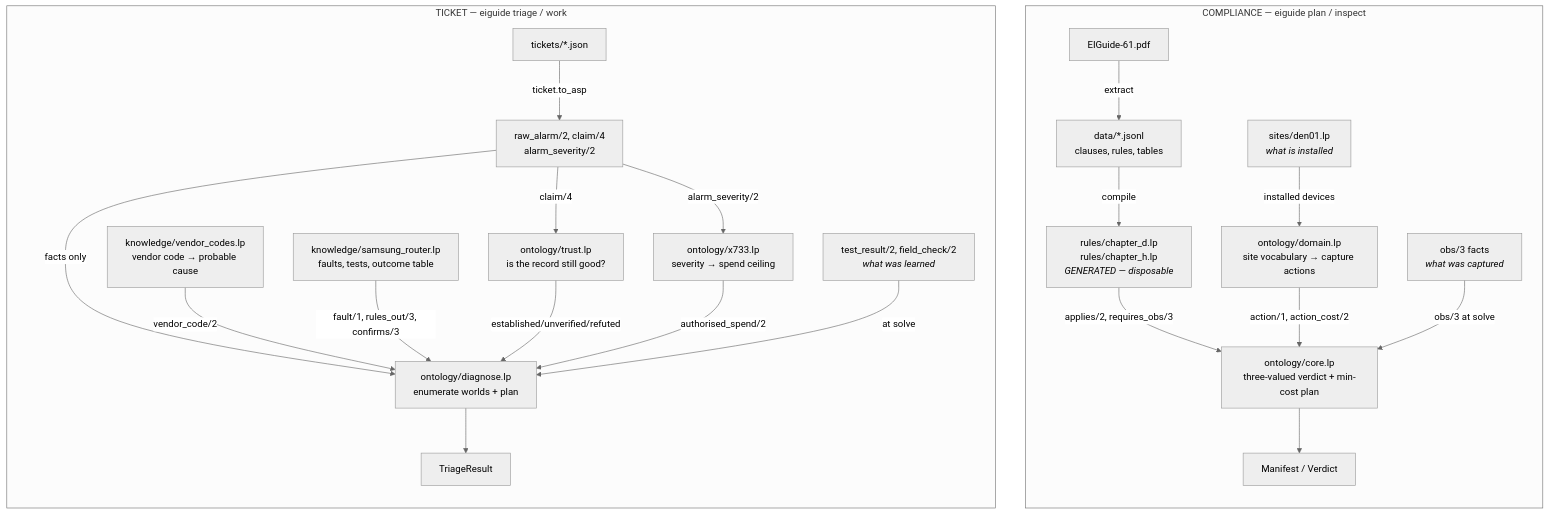
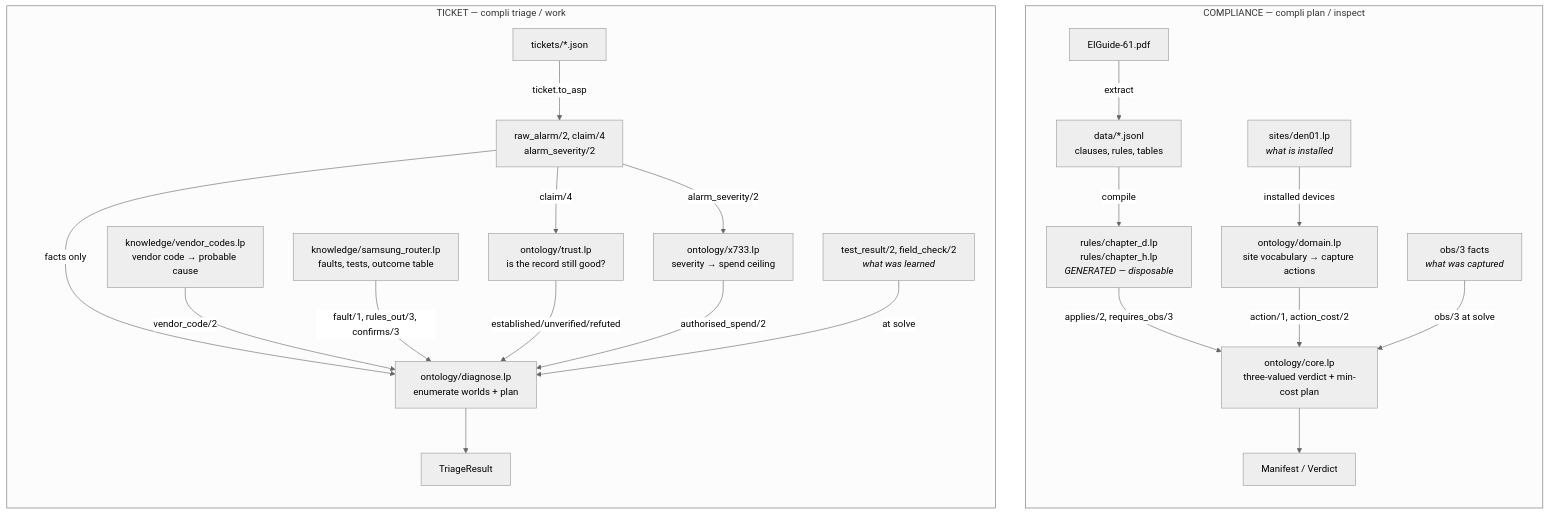
One commit to hexgnu/clingo changed the first of 2 diagrams in DESIGN.md. Above: the diagram before and after it, drawn with Mermaid (neutral theme). The commit also changed 68 other files, not shown here.

First line of the commit message:
refactor: rename eiguide -> compli

````diff
--- a/DESIGN.md
+++ b/DESIGN.md
@@ -34,37 +34,37 @@
 ```mermaid
 flowchart TB
-    subgraph C ["COMPLIANCE — eiguide plan / inspect"]
+    subgraph C ["COMPLIANCE — compli plan / inspect"]
         direction TB
         PDF["EIGuide-61.pdf"] -->|extract| JSONL["data/*.jsonl<br/>clauses, rules, tables"]
         JSONL -->|compile| GEN["rules/chapter_d.lp<br/>rules/chapter_h.lp<br/><i>GENERATED — disposable</i>"]
         SITE["sites/den01.lp<br/><i>what is installed</i>"]
         OBS["obs/3 facts<br/><i>what was captured</i>"]
         DOM["ontology/domain.lp<br/>site vocabulary → capture actions"]
         CORE["ontology/core.lp<br/>three-valued verdict + min-cost plan"]
         GEN -->|applies/2, requires_obs/3| CORE
         SITE -->|installed devices| DOM
         DOM -->|action/1, action_cost/2| CORE
         OBS -->|obs/3 at solve| CORE
         CORE --> OUT1["Manifest / Verdict"]
     end
 
-    subgraph T ["TICKET — eiguide triage / work"]
+    subgraph T ["TICKET — compli triage / work"]
         direction TB
         TJSON["tickets/*.json"] -->|ticket.to_asp| TFACTS["raw_alarm/2, claim/4<br/>alarm_severity/2"]
         VC["knowledge/vendor_codes.lp<br/>vendor code → probable cause"]
         KB["knowledge/samsung_router.lp<br/>faults, tests, outcome table"]
         TRUST["ontology/trust.lp<br/>is the record still good?"]
         X733["ontology/x733.lp<br/>severity → spend ceiling"]
         DIAG["ontology/diagnose.lp<br/>enumerate worlds + plan"]
         EV["test_result/2, field_check/2<br/><i>what was learned</i>"]
         TFACTS -->|facts only| DIAG
         VC -->|vendor_code/2| DIAG
         KB -->|fault/1, rules_out/3, confirms/3| DIAG
         TFACTS -->|claim/4| TRUST
         TFACTS -->|alarm_severity/2| X733
         TRUST -->|established/unverified/refuted| DIAG
         X733 -->|authorised_spend/2| DIAG
         EV -->|at solve| DIAG
         DIAG --> OUT2["TriageResult"]
     end
 ```
````
